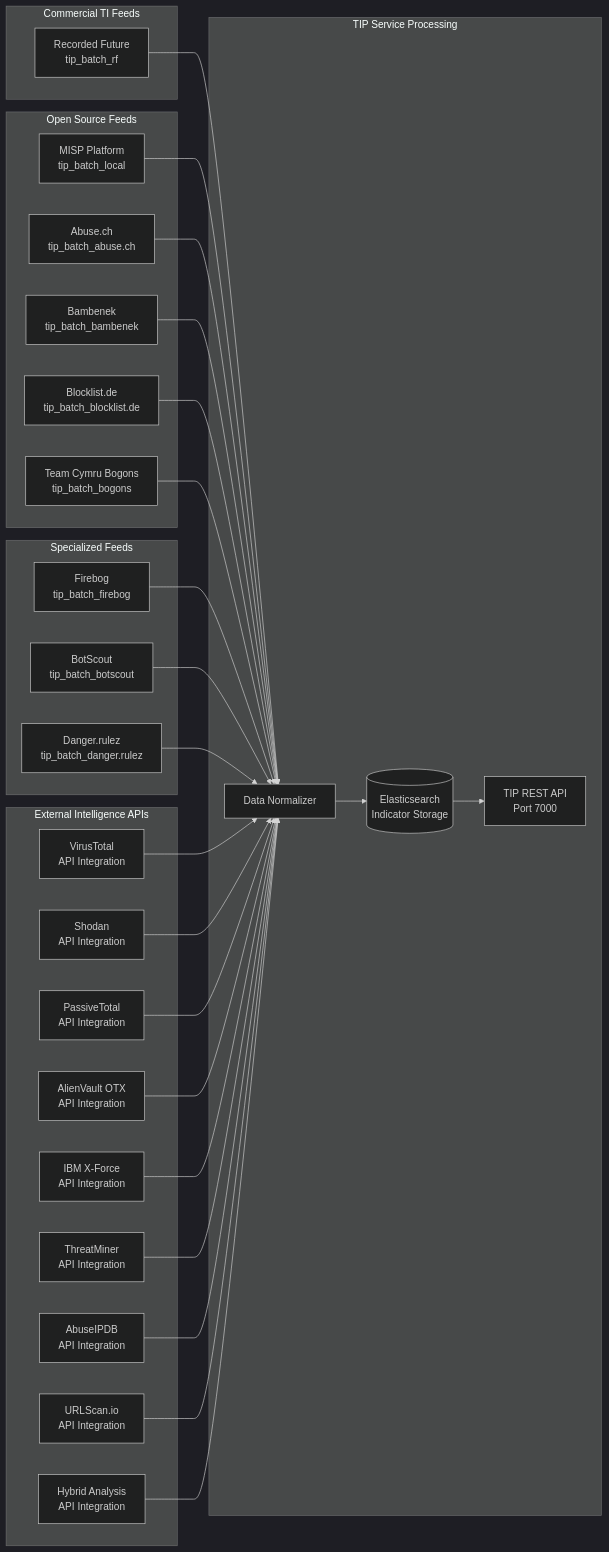
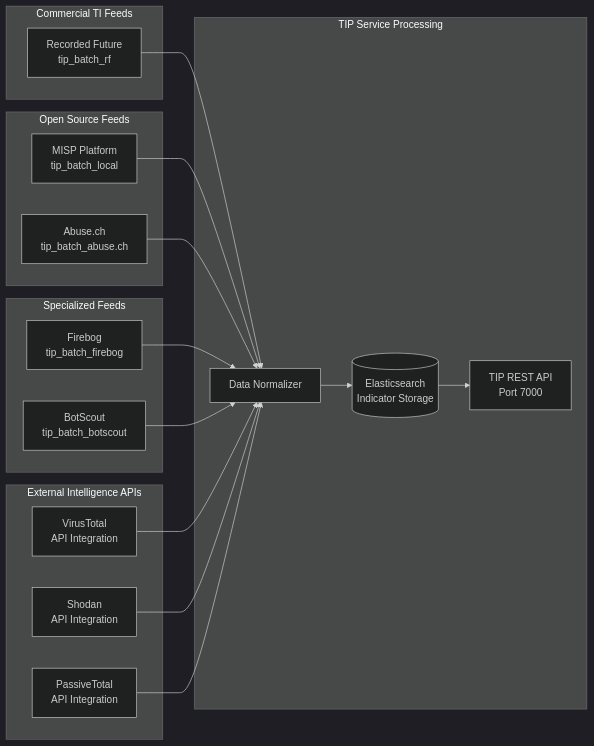
Before and after one commit to Vishwa0220/customers-docs: the third of 18 diagrams in SOAR_Architecture_SIEM_TI_Integration_Documentation.md, drawn with Mermaid (dark theme).

````diff
--- a/SOAR_Architecture_SIEM_TI_Integration_Documentation.md
+++ b/SOAR_Architecture_SIEM_TI_Integration_Documentation.md
@@ -159,60 +159,40 @@
 ```mermaid
 graph LR
     subgraph "Commercial TI Feeds"
         RF[Recorded Future<br/>tip_batch_rf]
     end
     
     subgraph "Open Source Feeds"
         MISP[MISP Platform<br/>tip_batch_local]
         ABUSE[Abuse.ch<br/>tip_batch_abuse.ch]
-        BAMBENEK[Bambenek<br/>tip_batch_bambenek]
-        BLOCKLIST[Blocklist.de<br/>tip_batch_blocklist.de]
-        BOGONS[Team Cymru Bogons<br/>tip_batch_bogons]
     end
     
     subgraph "Specialized Feeds"
         FIREBOG[Firebog<br/>tip_batch_firebog]
         BOTSCOUT[BotScout<br/>tip_batch_botscout]
-        DANGER[Danger.rulez<br/>tip_batch_danger.rulez]
     end
     
     subgraph "External Intelligence APIs"
         VIRUSTOTAL[VirusTotal<br/>API Integration]
         SHODAN[Shodan<br/>API Integration]
         PASSIVETOTAL[PassiveTotal<br/>API Integration]
-        ALIENVAULT[AlienVault OTX<br/>API Integration]
-        IBMXFORCE[IBM X-Force<br/>API Integration]
-        THREATMINER[ThreatMiner<br/>API Integration]
-        ABUSEIPDB[AbuseIPDB<br/>API Integration]
-        URLSCAN[URLScan.io<br/>API Integration]
-        HYBRIDANALYSIS[Hybrid Analysis<br/>API Integration]
     end
     
     subgraph "TIP Service Processing"
         NORMALIZER[Data Normalizer]
         STORAGE[("Elasticsearch<br/>Indicator Storage")]
         API[TIP REST API<br/>Port 7000]
     end
     
     RF --> NORMALIZER
     MISP --> NORMALIZER
     ABUSE --> NORMALIZER
-    BAMBENEK --> NORMALIZER
-    BLOCKLIST --> NORMALIZER
-    BOGONS --> NORMALIZER
     FIREBOG --> NORMALIZER
     BOTSCOUT --> NORMALIZER
-    DANGER --> NORMALIZER
     VIRUSTOTAL --> NORMALIZER
     SHODAN --> NORMALIZER
     PASSIVETOTAL --> NORMALIZER
-    ALIENVAULT --> NORMALIZER
-    IBMXFORCE --> NORMALIZER
-    THREATMINER --> NORMALIZER
-    ABUSEIPDB --> NORMALIZER
-    URLSCAN --> NORMALIZER
-    HYBRIDANALYSIS --> NORMALIZER
     
     NORMALIZER --> STORAGE
     STORAGE --> API
 ```
````
